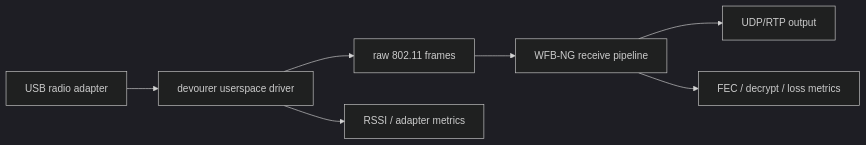
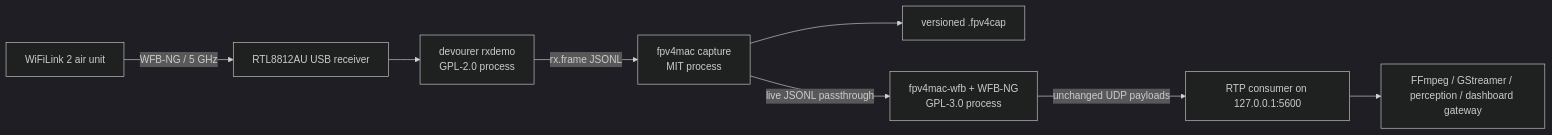
The diagram in docs/architecture.md (jakedcmp/fpv4mac), drawn with Mermaid (dark theme) before and after one commit. The commit also changed other lines of this file and 35 other files, not shown here.

Commit message:
Add macOS WFB capture and decode pipeline

````diff
--- a/docs/architecture.md
+++ b/docs/architecture.md
@@ -5,10 +5,10 @@
 ```mermaid
 flowchart LR
-    Adapter["USB radio adapter"] --> Driver["devourer userspace driver"]
-    Driver --> Frames["raw 802.11 frames"]
-    Frames --> WFB["WFB-NG receive pipeline"]
-    WFB --> RTP["UDP/RTP output"]
-
-    Driver --> RadioMetrics["RSSI / adapter metrics"]
-    WFB --> LinkMetrics["FEC / decrypt / loss metrics"]
+    Air["WiFiLink 2 air unit"] -->|"WFB-NG / 5 GHz"| Adapter["RTL8812AU USB receiver"]
+    Adapter --> Driver["devourer rxdemo<br/>GPL-2.0 process"]
+    Driver -->|"rx.frame JSONL"| Capture["fpv4mac capture<br/>MIT process"]
+    Capture --> Disk["versioned .fpv4cap"]
+    Capture -->|"live JSONL passthrough"| WFB["fpv4mac-wfb + WFB-NG<br/>GPL-3.0 process"]
+    WFB -->|"unchanged UDP payloads"| RTP["RTP consumer on 127.0.0.1:5600"]
+    RTP --> Consumers["FFmpeg / GStreamer / perception / dashboard gateway"]
 ```
````
